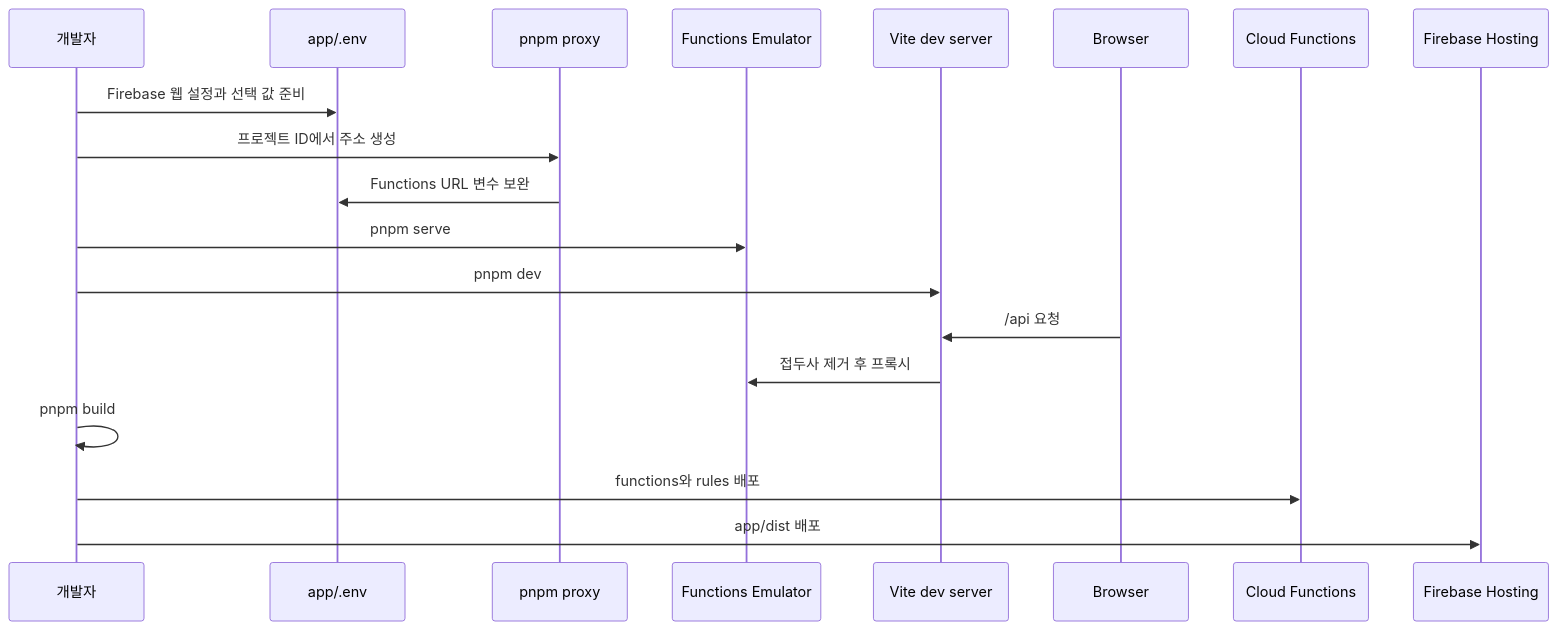
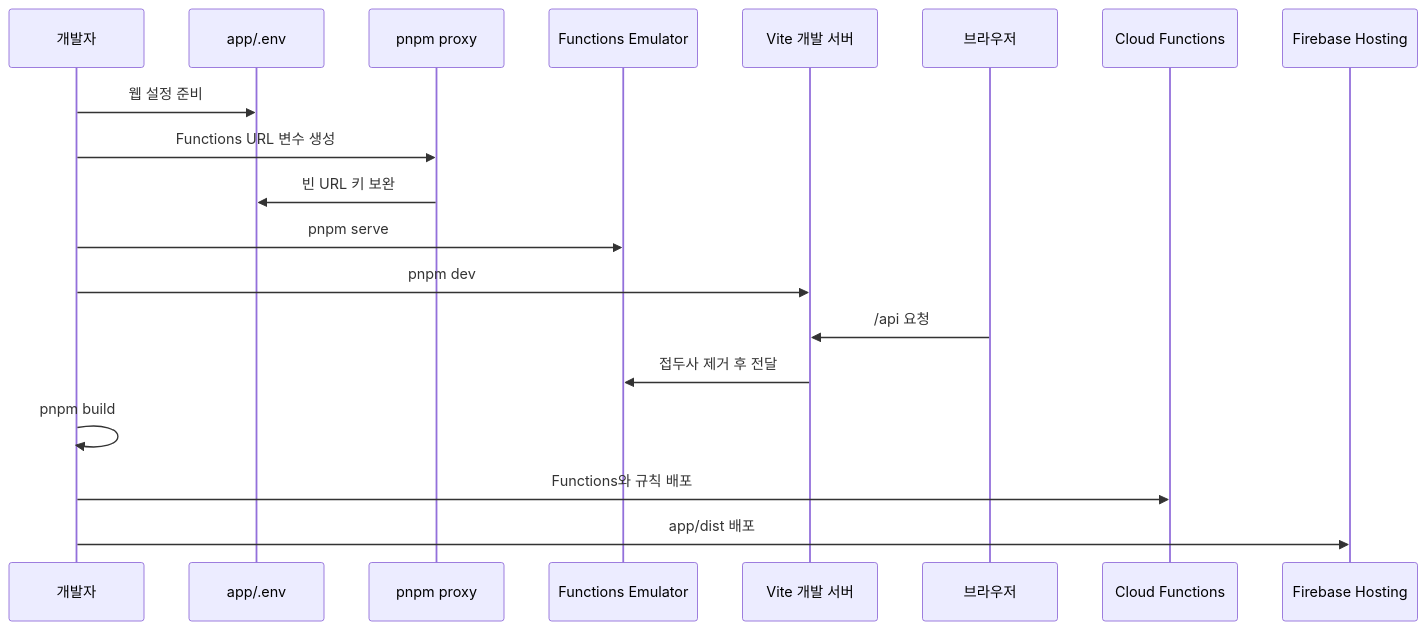
Before and after one commit to chucoding/code-recall: the diagram in openwiki/operations/local-development-and-deployment.md, drawn with Mermaid. The commit also changed other lines of this file and 26 other files, not shown here.

````diff
--- a/openwiki/operations/local-development-and-deployment.md
+++ b/openwiki/operations/local-development-and-deployment.md
@@ -45,22 +49,22 @@
 ```mermaid
 sequenceDiagram
   participant Dev as 개발자
   participant Env as app/.env
   participant Proxy as pnpm proxy
   participant Emu as Functions Emulator
-  participant Vite as Vite dev server
-  participant Browser
+  participant Vite as Vite 개발 서버
+  participant Browser as 브라우저
   participant Fn as Cloud Functions
   participant Host as Firebase Hosting
 
-  Dev->>Env: Firebase 웹 설정과 선택 값 준비
-  Dev->>Proxy: 프로젝트 ID에서 주소 생성
-  Proxy->>Env: Functions URL 변수 보완
+  Dev->>Env: 웹 설정 준비
+  Dev->>Proxy: Functions URL 변수 생성
+  Proxy->>Env: 빈 URL 키 보완
   Dev->>Emu: pnpm serve
   Dev->>Vite: pnpm dev
   Browser->>Vite: /api 요청
-  Vite->>Emu: 접두사 제거 후 프록시
+  Vite->>Emu: 접두사 제거 후 전달
   Dev->>Dev: pnpm build
-  Dev->>Fn: functions와 rules 배포
+  Dev->>Fn: Functions와 규칙 배포
   Dev->>Host: app/dist 배포
 ```
````
